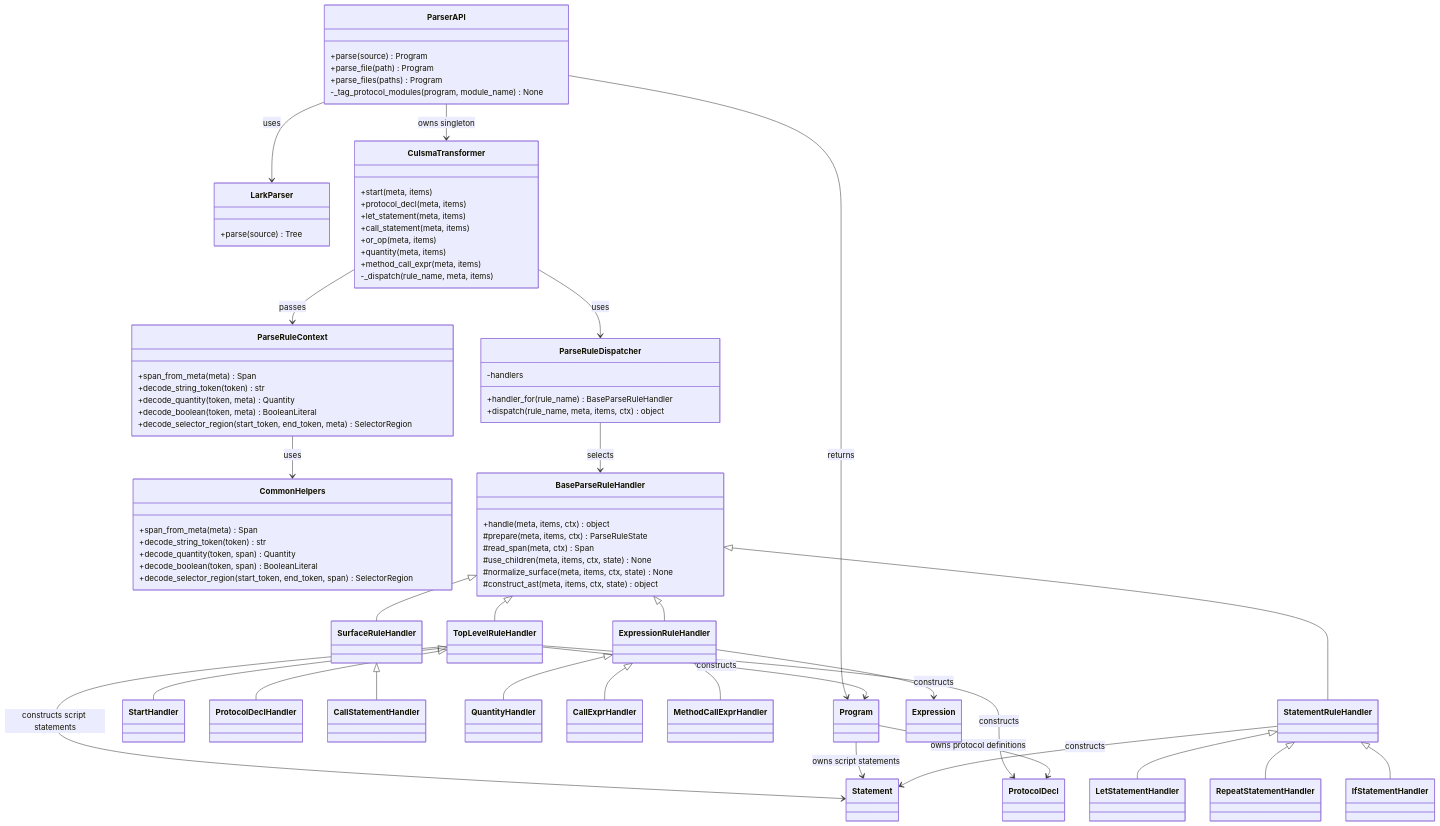
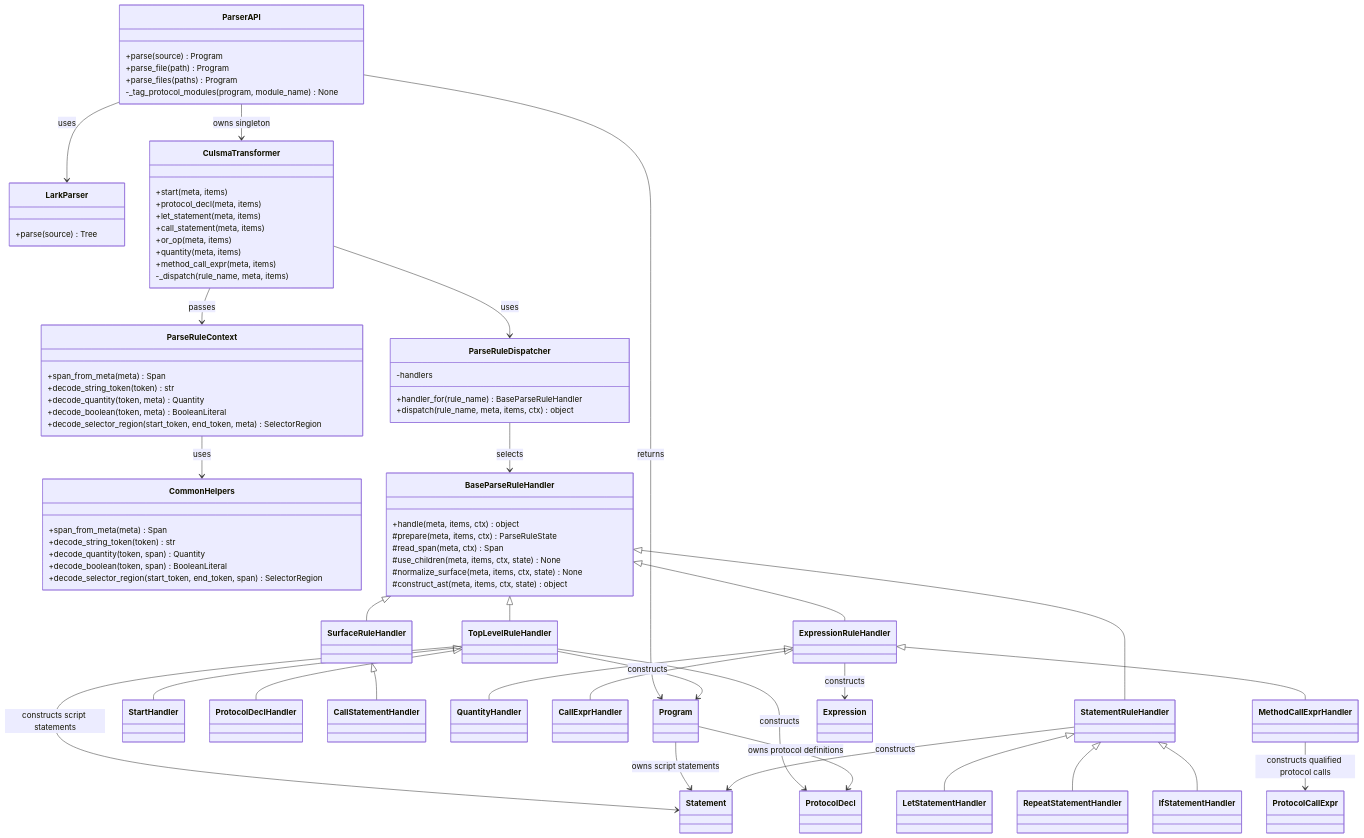
The fifth of 5 diagrams in docs/architecture/parser_module_diagrams.md (culsma/culsma), drawn with Mermaid before and after one commit. The commit also changed 11 other files, not shown here.

Commit message:
fix(import): support qualified protocol returns

```diff
--- a/docs/architecture/parser_module_diagrams.md
+++ b/docs/architecture/parser_module_diagrams.md
@@ -211,6 +211,7 @@
     class QuantityHandler
     class CallExprHandler
     class MethodCallExprHandler
+    class ProtocolCallExpr
 
     class Program
     class ProtocolDecl
@@ -237,6 +238,7 @@
     ExpressionRuleHandler <|-- QuantityHandler
     ExpressionRuleHandler <|-- CallExprHandler
     ExpressionRuleHandler <|-- MethodCallExprHandler
+    MethodCallExprHandler --> ProtocolCallExpr : constructs qualified protocol calls
     TopLevelRuleHandler --> Program : constructs
     TopLevelRuleHandler --> ProtocolDecl : constructs
     TopLevelRuleHandler --> Statement : constructs script statements
```
